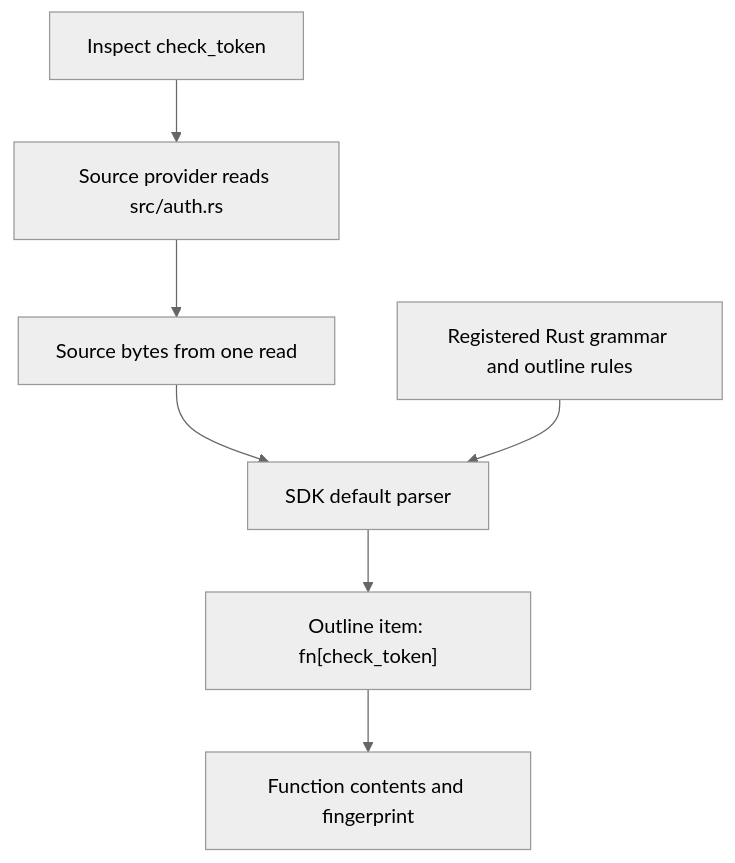
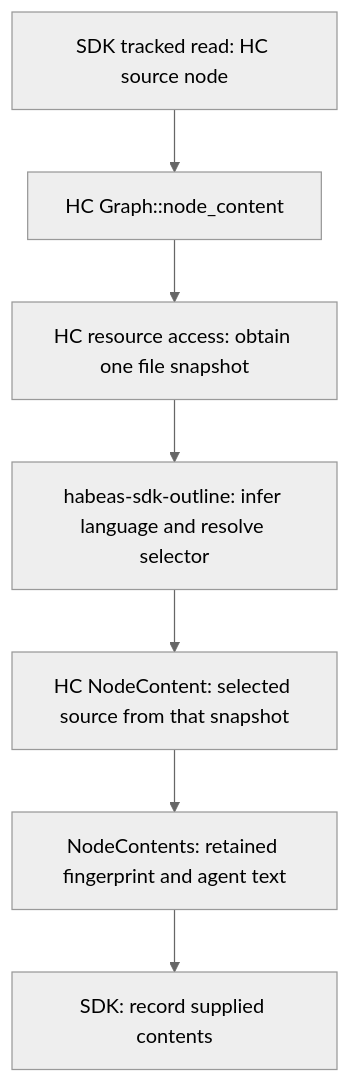
One commit to nikomatsakis/habeas-codicem changed the first of 2 diagrams in md/requirements/sdk/sources.md. Above: the diagram before and after it, drawn with Mermaid (neutral theme). The commit also changed other lines of this file and 38 other files, not shown here.

````diff
--- a/md/requirements/sdk/sources.md
+++ b/md/requirements/sdk/sources.md
@@ -45,9 +41,9 @@
 ```mermaid
 flowchart TD
-    Read["Inspect check_token"] --> Provider["Source provider reads src/auth.rs"]
-    Provider --> Bytes["Source bytes from one read"]
-    Bytes --> Parse["SDK default parser"]
-    Rust["Registered Rust grammar and outline rules"] --> Parse
-    Parse --> Outline["Outline item: fn[check_token]"]
-    Outline --> Contents["Function contents and fingerprint"]
+    Read["SDK tracked read: HC source node"] --> HC["HC Graph::node_content"]
+    HC --> Bytes["HC resource access: obtain one file snapshot"]
+    Bytes --> Parse["habeas-sdk-outline: infer language and resolve selector"]
+    Parse --> Content["HC NodeContent: selected source from that snapshot"]
+    Content --> Describe["NodeContents: retained fingerprint and agent text"]
+    Describe --> Track["SDK: record supplied contents"]
 ```
````
